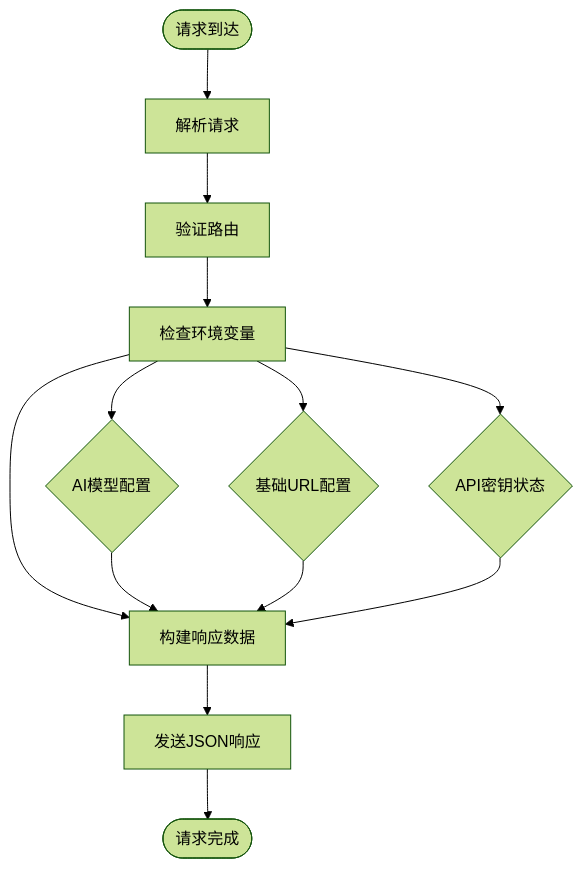
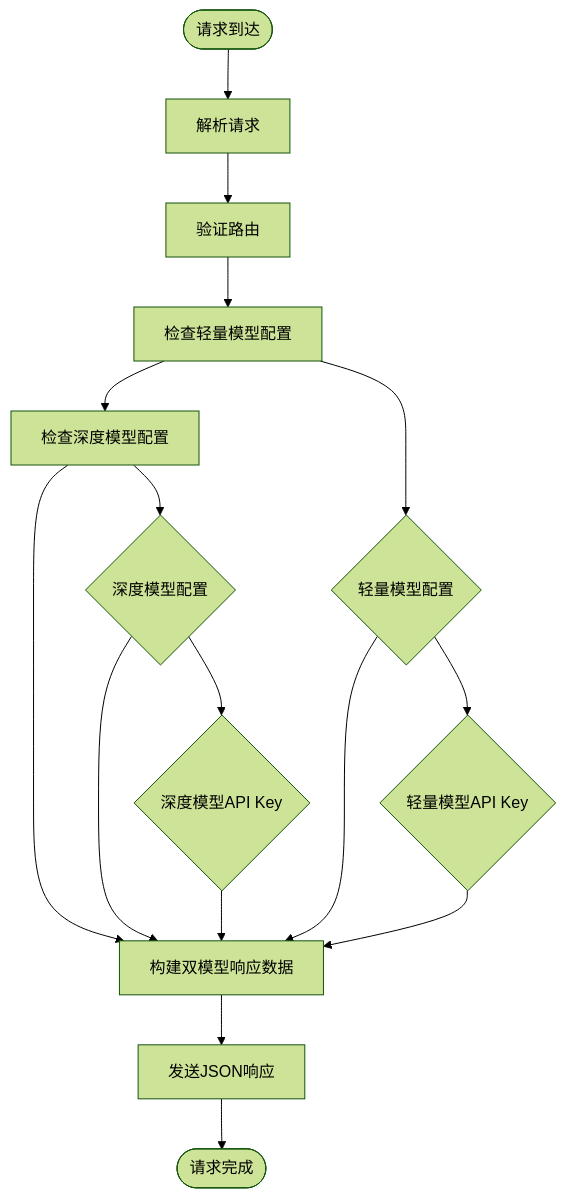
One commit to aHin0805/FH6CarSettingAgent changed the fourth of 8 diagrams in .qoder/repowiki/zh/content/API参考文档/健康检查接口.md. Above: the diagram before and after it, drawn with Mermaid (forest theme). The commit also changed other lines of this file and 59 other files, not shown here.

````diff
--- a/.qoder/repowiki/zh/content/API参考文档/健康检查接口.md
+++ b/.qoder/repowiki/zh/content/API参考文档/健康检查接口.md
@@ -152,15 +175,18 @@
 ```mermaid
 flowchart TD
 Start([请求到达]) --> Parse[解析请求]
 Parse --> Validate[验证路由]
-Validate --> Check[检查环境变量]
-Check --> Build[构建响应数据]
+Validate --> CheckLight[检查轻量模型配置]
+CheckLight --> CheckDeep[检查深度模型配置]
+CheckDeep --> Build[构建双模型响应数据]
 Build --> Send[发送JSON响应]
 Send --> End([请求完成])
-Check --> AIModel{AI模型配置}
-Check --> BaseURL{基础URL配置}
-Check --> APIKey{API密钥状态}
-AIModel --> Build
-BaseURL --> Build
-APIKey --> Build
+CheckLight --> LightModel{轻量模型配置}
+CheckDeep --> DeepModel{深度模型配置}
+LightModel --> Build
+DeepModel --> Build
+LightModel --> LightAPI{轻量模型API Key}
+DeepModel --> DeepAPI{深度模型API Key}
+LightAPI --> Build
+DeepAPI --> Build
 ```
````
